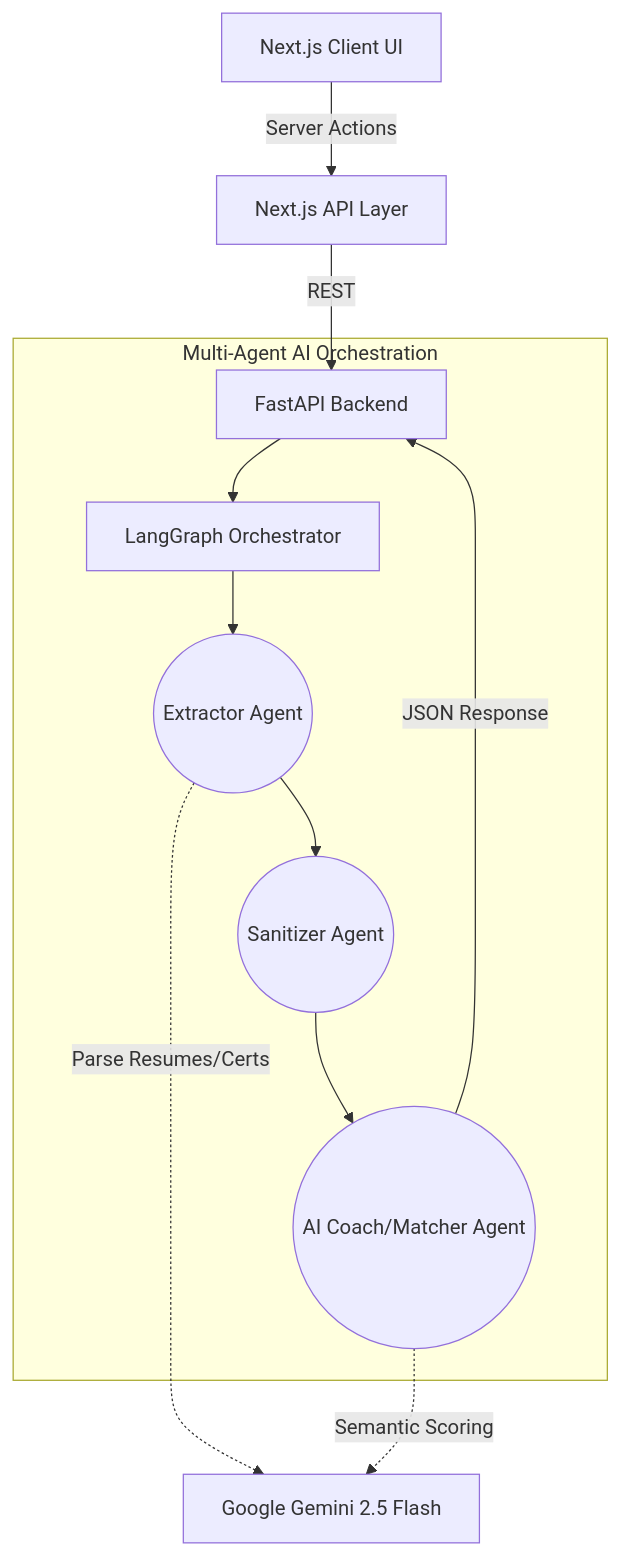
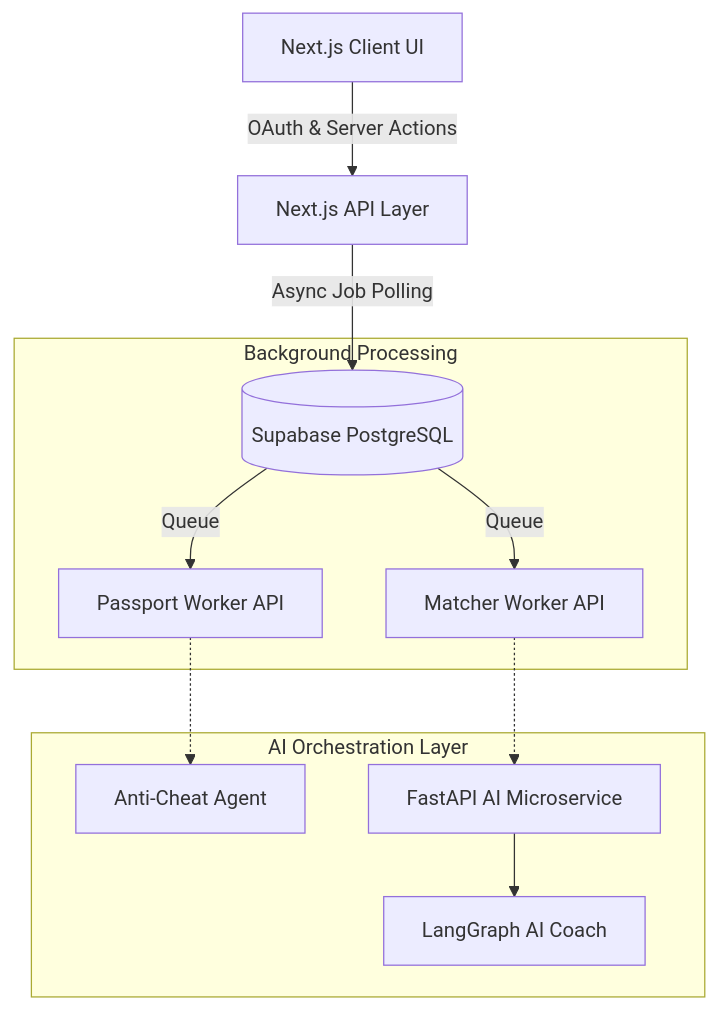
One commit to Credo-Organization/credo2 changed the diagram in README.md. Above: the diagram before and after it, drawn with Mermaid. The commit also changed other lines of this file, not shown here.

Commit message:
docs: Completely rewrite README to reflect new architecture and background workers

````diff
--- a/README.md
+++ b/README.md
@@ -13,16 +13,16 @@
 ```mermaid
 graph TD
-    A[Next.js Client UI] -->|Server Actions| B[Next.js API Layer]
-    B -->|REST| C[FastAPI Backend]
+    A[Next.js Client UI] -->|OAuth & Server Actions| B[Next.js API Layer]
+    B -->|Async Job Polling| C[(Supabase PostgreSQL)]
     
-    subgraph Multi-Agent AI Orchestration
-        C --> D[LangGraph Orchestrator]
-        D --> E((Extractor Agent))
-        E --> F((Sanitizer Agent))
-        F --> G((AI Coach/Matcher Agent))
+    subgraph Background Processing
+        C -->|Queue| D[Passport Worker API]
+        C -->|Queue| E[Matcher Worker API]
     end
     
-    E -.->|Parse Resumes/Certs| H[Google Gemini 2.5 Flash]
-    G -.->|Semantic Scoring| H
-    G -->|JSON Response| C
+    subgraph AI Orchestration Layer
+        D -.-> F[Anti-Cheat Agent]
+        E -.-> G[FastAPI AI Microservice]
+        G --> H[LangGraph AI Coach]
+    end
 ```
````
